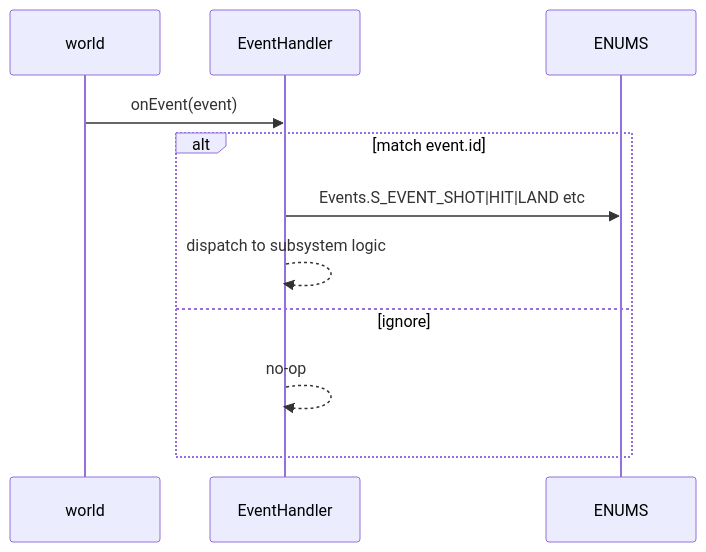
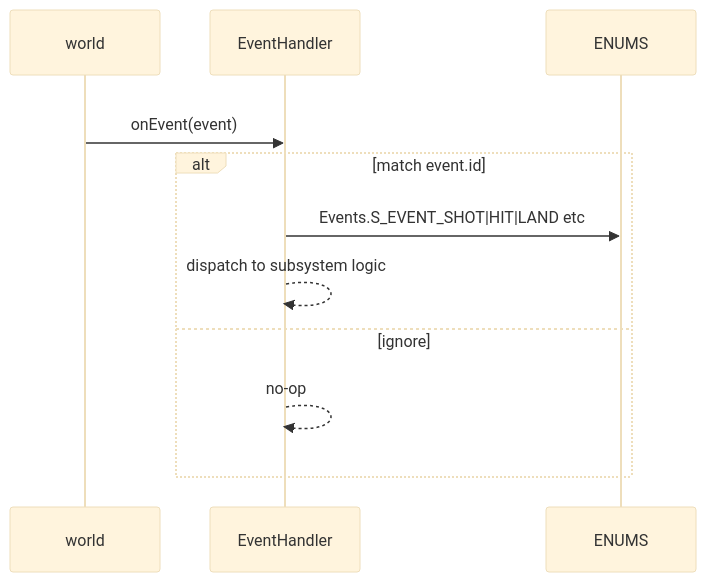
One commit to Gh0st352/AETHR changed the second of 2 diagrams in docs/enums/events.md. Above: the diagram before and after it, drawn with Mermaid. The commit also changed other lines of this file and 7 other files, not shown here.

First line of the commit message:
docs(enums): add structured mermaid styling and subgraphs

````diff
--- a/docs/enums/events.md
+++ b/docs/enums/events.md
@@ -22,13 +73,17 @@
 ```mermaid
+%%{init: {"theme":"base"}}%%
 sequenceDiagram
   participant DCS as world
   participant H as EventHandler
   participant EN as ENUMS
-  DCS->>H: onEvent(event)
-  alt match event.id
-    H->>EN: Events.S_EVENT_SHOT|HIT|LAND etc
-    H-->>H: dispatch to subsystem logic
-  else ignore
-    H-->>H: no-op
+
+  rect rgba(255, 255, 255, 0.75)
+    DCS->>H: onEvent(event)
+    alt match event.id
+      H->>EN: Events.S_EVENT_SHOT|HIT|LAND etc
+      H-->>H: dispatch to subsystem logic
+    else ignore
+      H-->>H: no-op
+    end
   end
 ```
````
